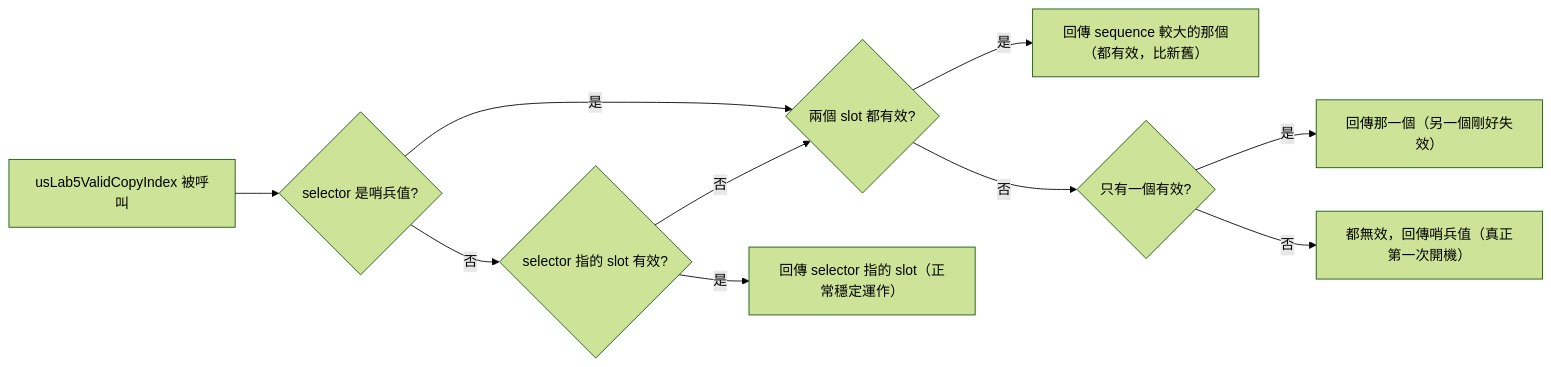
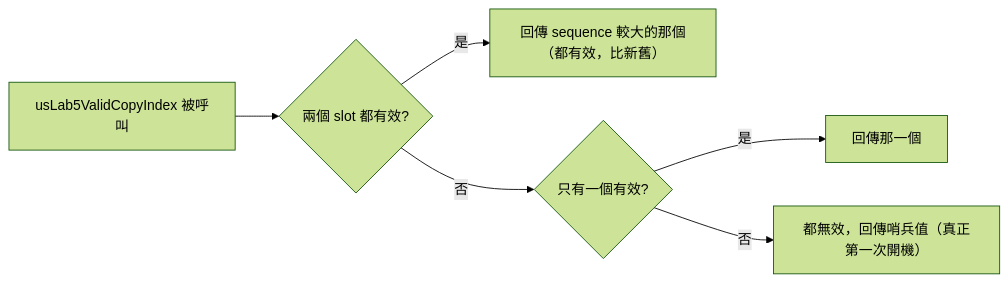
One commit to Esther125/rtos-labs changed the second of 2 diagrams in lab5/lab5.md. Above: the diagram before and after it, drawn with Mermaid (forest theme). The commit also changed other lines of this file and 1 other file, not shown here.

Commit message:
fix(lab5): always pick the newer slot by sequence instead of trusting a selector

````diff
--- a/lab5/lab5.md
+++ b/lab5/lab5.md
@@ -140,12 +140,8 @@
     ```mermaid
     flowchart LR
-        A[usLab5ValidCopyIndex 被呼叫] --> B{selector 是哨兵值?}
-        B -- 是 --> D{兩個 slot 都有效?}
-        B -- 否 --> C{selector 指的 slot 有效?}
-        C -- 是 --> R1["回傳 selector 指的 slot（正常穩定運作）"]
-        C -- 否 --> D
-        D -- 是 --> E["回傳 sequence 較大的那個（都有效，比新舊）"]
-        D -- 否 --> F{只有一個有效?}
-        F -- 是 --> G["回傳那一個（另一個剛好失效）"]
-        F -- 否 --> H["都無效，回傳哨兵值（真正第一次開機）"]
+        A[usLab5ValidCopyIndex 被呼叫] --> B{兩個 slot 都有效?}
+        B -- 是 --> C["回傳 sequence 較大的那個（都有效，比新舊）"]
+        B -- 否 --> D{只有一個有效?}
+        D -- 是 --> E["回傳那一個"]
+        D -- 否 --> F["都無效，回傳哨兵值（真正第一次開機）"]
     ```
````
